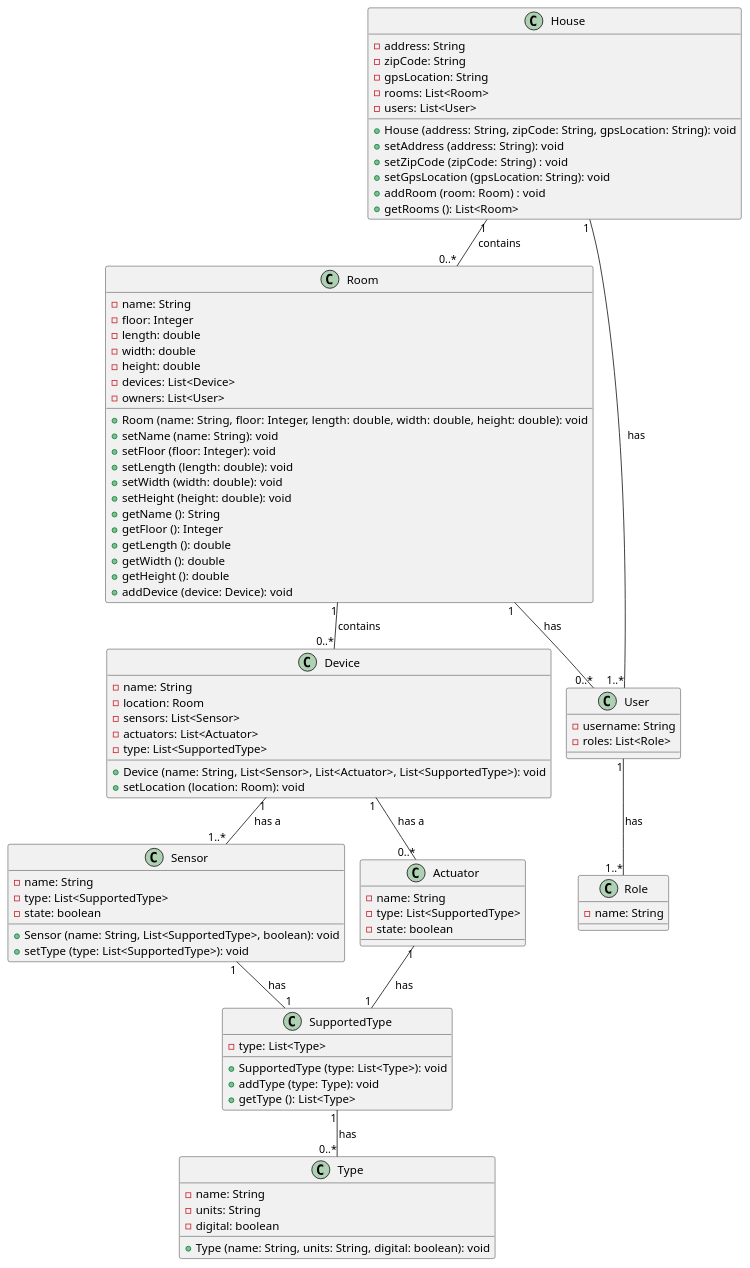
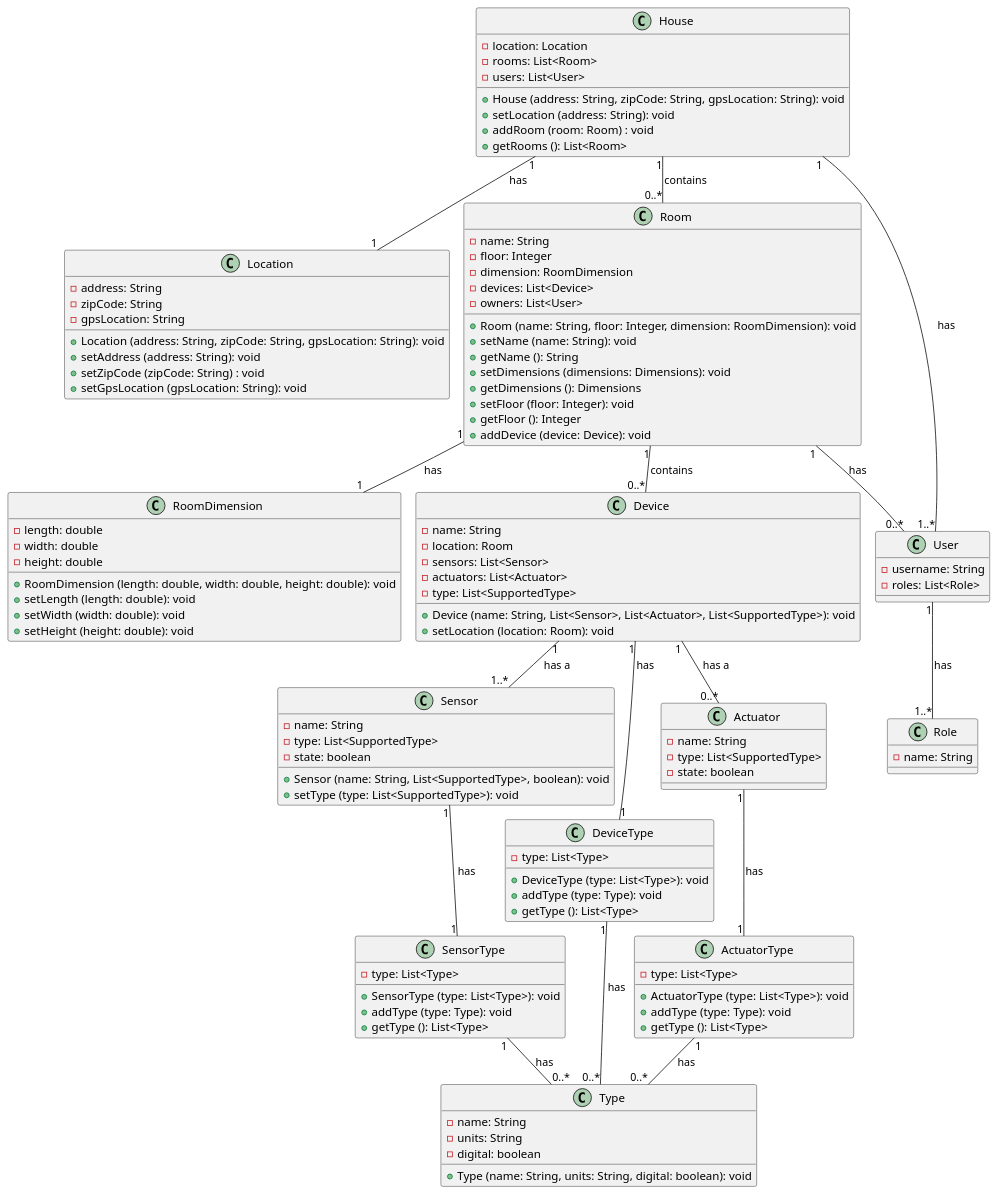
The diagram in docs/uml/ClassDiagram.puml (rueloParente/workProgress), drawn with PlantUML before and after one commit. The commit also changed 6 other files, not shown here.

```diff
--- a/docs/uml/ClassDiagram.puml
+++ b/docs/uml/ClassDiagram.puml
@@ -1,110 +1,133 @@
 @startuml
 !pragma layout smetana
 class House {
+-location: Location
+-rooms: List<Room>
+-users: List<User>
++House (address: String, zipCode: String, gpsLocation: String): void
++setLocation (address: String): void
++addRoom (room: Room) : void
++getRooms (): List<Room>
+}
+class Location {
 -address: String
 -zipCode: String
 -gpsLocation: String
--rooms: List<Room>
--users: List<User>
-+House (address: String, zipCode: String, gpsLocation: String): void
++Location (address: String, zipCode: String, gpsLocation: String): void
 +setAddress (address: String): void
 +setZipCode (zipCode: String) : void
 +setGpsLocation (gpsLocation: String): void
-+addRoom (room: Room) : void
-+getRooms (): List<Room>
 }
 ' Room is a class that represents a room/divistion of the house, we will be considering
 ' that a room can be a bedroom, a kitchen but also a garden or a garage
 class Room {
 
 -name: String
 -floor: Integer
+-dimension: RoomDimension
+-devices: List<Device>
+-owners: List<User>
++Room (name: String, floor: Integer, dimension: RoomDimension): void
++setName (name: String): void
++getName (): String
++setDimensions (dimensions: Dimensions): void
++getDimensions (): Dimensions
++setFloor (floor: Integer): void
++getFloor (): Integer
++addDevice (device: Device): void
+}
+class RoomDimension {
 -length: double
 -width: double
 -height: double
--devices: List<Device>
--owners: List<User>
-+Room (name: String, floor: Integer, length: double, width: double, height: double): void
-+setName (name: String): void
-+setFloor (floor: Integer): void
++RoomDimension (length: double, width: double, height: double): void
 +setLength (length: double): void
 +setWidth (width: double): void
 +setHeight (height: double): void
-+getName (): String
-+getFloor (): Integer
-+getLength (): double
-+getWidth (): double
-+getHeight (): double
-+addDevice (device: Device): void
-
 }
 
 ' We can get the device type by a method checking
 ' the type of the sensors and actuators
 class Device {
 -name: String
 -location: Room
 -sensors: List<Sensor>
 -actuators: List<Actuator>
 -type: List<SupportedType>
 +Device (name: String, List<Sensor>, List<Actuator>, List<SupportedType>): void
 +setLocation (location: Room): void
 }
 
 class Sensor {
 -name: String
 -type: List<SupportedType>
 -state: boolean
 +Sensor (name: String, List<SupportedType>, boolean): void
 +setType (type: List<SupportedType>): void
 
 
 
 }
-class SupportedType {
+class SensorType {
 -type: List<Type>
-+SupportedType (type: List<Type>): void
++SensorType (type: List<Type>): void
++addType (type: Type): void
++getType (): List<Type>
+}
+class ActuatorType {
+-type: List<Type>
++ActuatorType (type: List<Type>): void
++addType (type: Type): void
++getType (): List<Type>
+}
+class DeviceType {
+-type: List<Type>
++DeviceType (type: List<Type>): void
 +addType (type: Type): void
 +getType (): List<Type>
 }
 class Type {
 -name: String
 -units: String
 -digital: boolean
 +Type (name: String, units: String, digital: boolean): void
 
 
 }
 class Actuator {
 -name: String
 -type: List<SupportedType>
 -state: boolean
 
 }
 
 class User {
 
 -username: String
 -roles: List<Role>
 
 }
 
 class Role {
 
 -name: String
 
 
 }
-
+House "1" -- "1" Location : has
+Room "1" -- "1" RoomDimension : has
 House "1" -- "0..*" Room : contains
 Room "1"-- "0..*" Device : contains
 Device "1" --"1..*" Sensor : has a
 Device "1" --"0..*" Actuator : has a
 House "1" -- "1..*" User : has
 Room "1" -- "0..*" User : has
 User "1"-- "1..*" Role : has
-Sensor "1" -- "1" SupportedType : has
-Actuator "1" -- "1" SupportedType : has
-SupportedType "1" -- "0..*" Type : has
+Sensor "1" -- "1" SensorType : has
+Actuator "1" -- "1" ActuatorType : has
+Device "1" -- "1" DeviceType : has
+SensorType "1" -- "0..*" Type : has
+ActuatorType "1" -- "0..*" Type : has
+DeviceType "1" -- "0..*" Type : has
 
 @enduml
```
